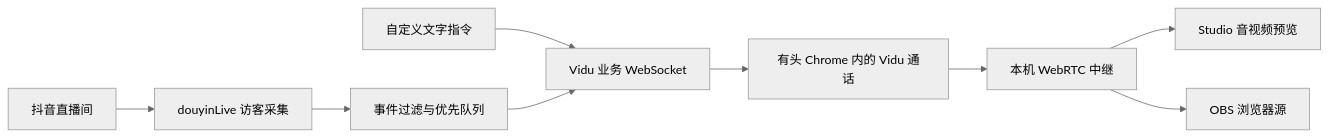
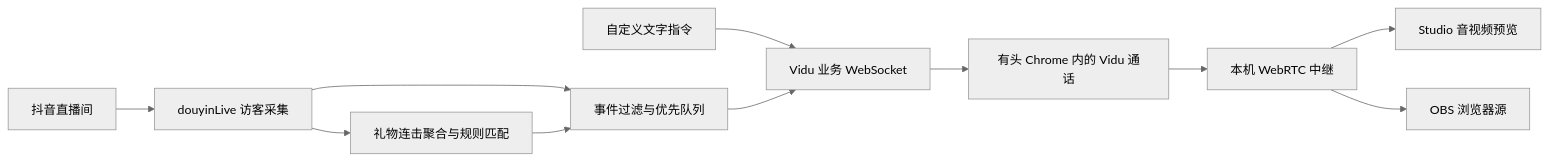
One commit to Zeaulo/vidu_reverse_digital_human changed the diagram in README.md. Above: the diagram before and after it, drawn with Mermaid (neutral theme). The commit also changed other lines of this file and 10 other files, not shown here.

```diff
--- a/README.md
+++ b/README.md
@@ -157,11 +176,13 @@
 ~~~mermaid
 flowchart LR
     D[抖音直播间] --> C[douyinLive 访客采集]
     C --> B[事件过滤与优先队列]
+    C --> G[礼物连击聚合与规则匹配]
+    G --> B
     U[自定义文字指令] --> W[Vidu 业务 WebSocket]
     B --> W
     W --> V[有头 Chrome 内的 Vidu 通话]
     V --> R[本机 WebRTC 中继]
     R --> S[Studio 音视频预览]
     R --> O[OBS 浏览器源]
 ~~~
```
